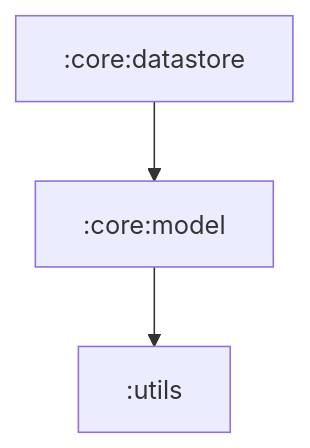
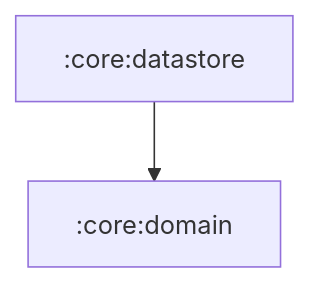
Before and after one commit to HakusFactory/hakusfactory.github.io: the diagram in module/core/datastrore.md, drawn with Mermaid. The commit also changed other lines of this file and 12 other files, not shown here.

````diff
--- a/module/core/datastrore.md
+++ b/module/core/datastrore.md
@@ -3,11 +3,7 @@
 ```mermaid
 flowchart TD
 datastore[:core:datastore]
+datastore --> domain
 
-datastore --> model
-
-model[:core:model]
-model --> utils
-
-utils[:utils]
+domain[:core:domain]
 ```
````
